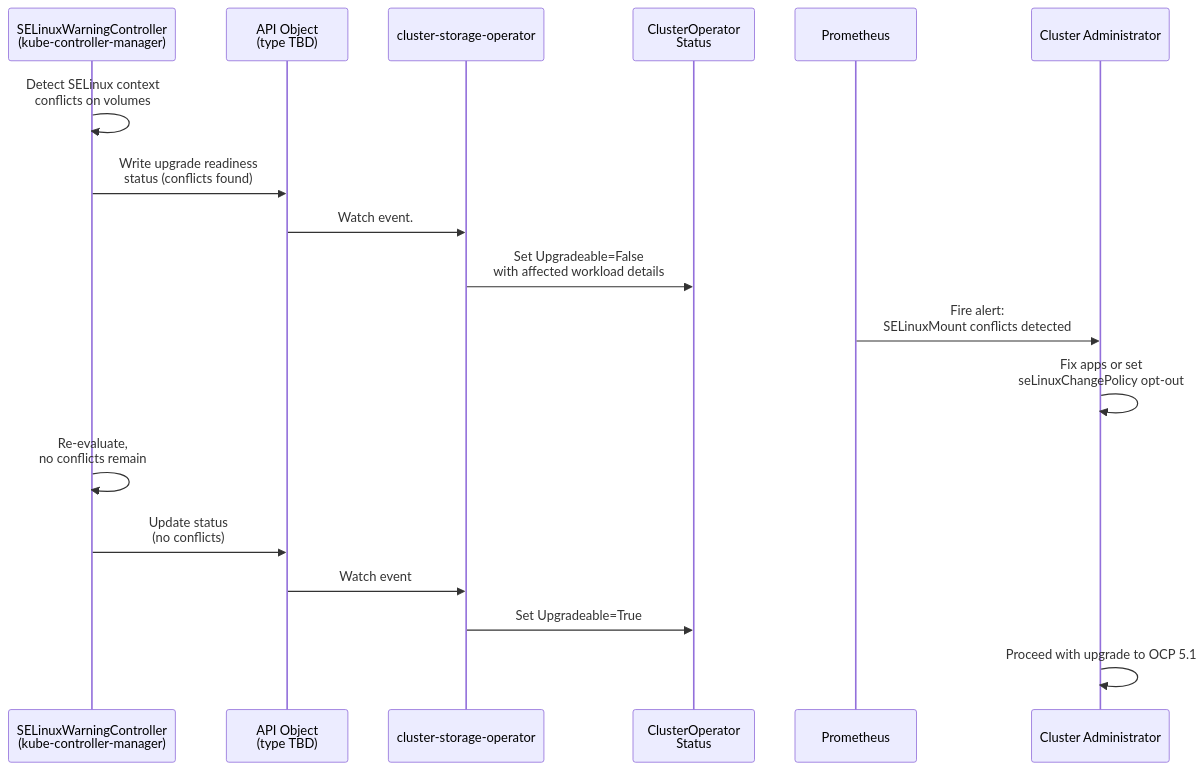
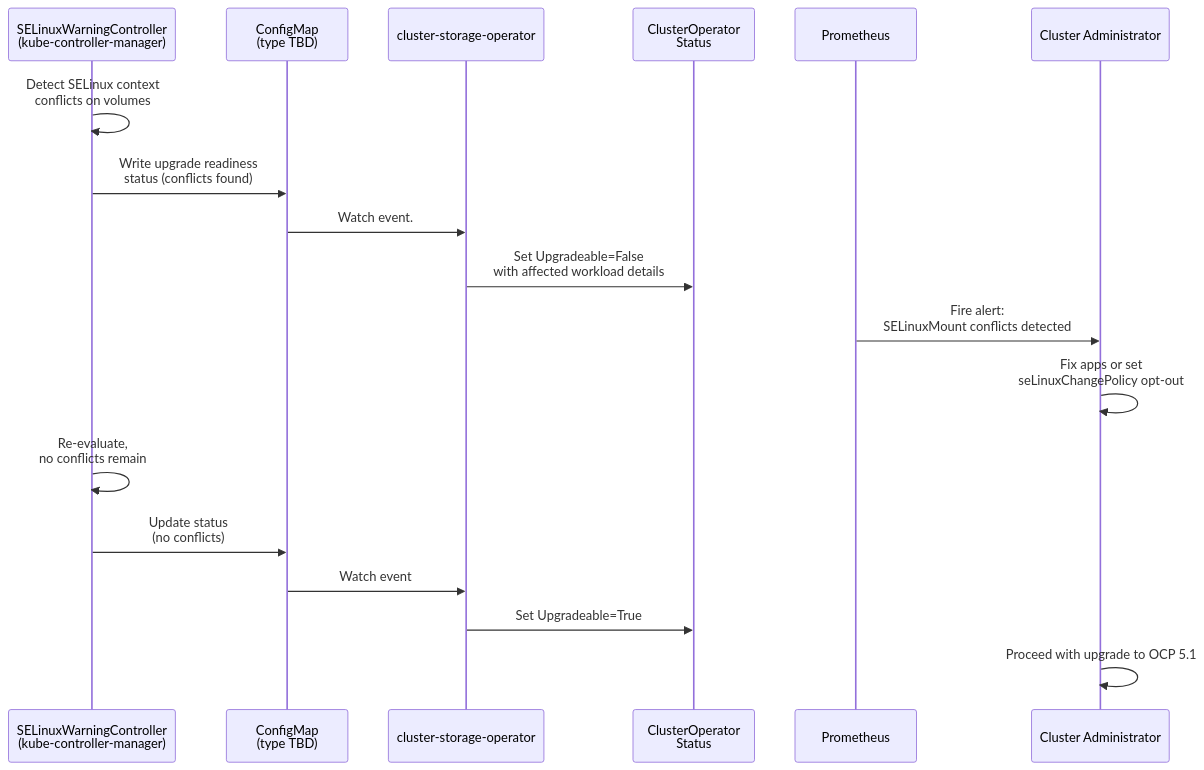
The diagram in enhancements/storage/selinuxmount-ga-block-upgrade.md (openshift/enhancements), drawn with Mermaid before and after one commit. The commit also changed other lines of this file, not shown here.

````diff
--- a/enhancements/storage/selinuxmount-ga-block-upgrade.md
+++ b/enhancements/storage/selinuxmount-ga-block-upgrade.md
@@ -188,21 +176,21 @@
 ```mermaid
 sequenceDiagram
     participant KCM as SELinuxWarningController<br/>(kube-controller-manager)
-    participant API as API Object<br/>(type TBD)
+    participant API as ConfigMap<br/>(type TBD)
     participant CSO as cluster-storage-operator
     participant CO as ClusterOperator<br/>Status
     participant Prom as Prometheus
     participant Admin as Cluster Administrator
 
     KCM->>KCM: Detect SELinux context<br/>conflicts on volumes
     KCM->>API: Write upgrade readiness<br/>status (conflicts found)
     API->>CSO: Watch event.
     CSO->>CO: Set Upgradeable=False<br/>with affected workload details
     Prom->>Admin: Fire alert:<br/>SELinuxMount conflicts detected
     Admin->>Admin: Fix apps or set<br/>seLinuxChangePolicy opt-out
     KCM->>KCM: Re-evaluate,<br/>no conflicts remain
     KCM->>API: Update status<br/>(no conflicts)
     API->>CSO: Watch event
     CSO->>CO: Set Upgradeable=True
     Admin->>Admin: Proceed with upgrade to OCP 5.1
 ```
````
